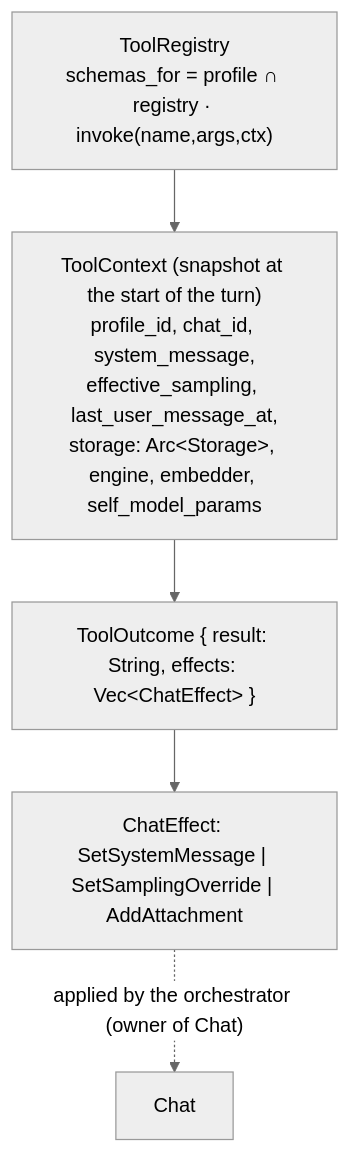
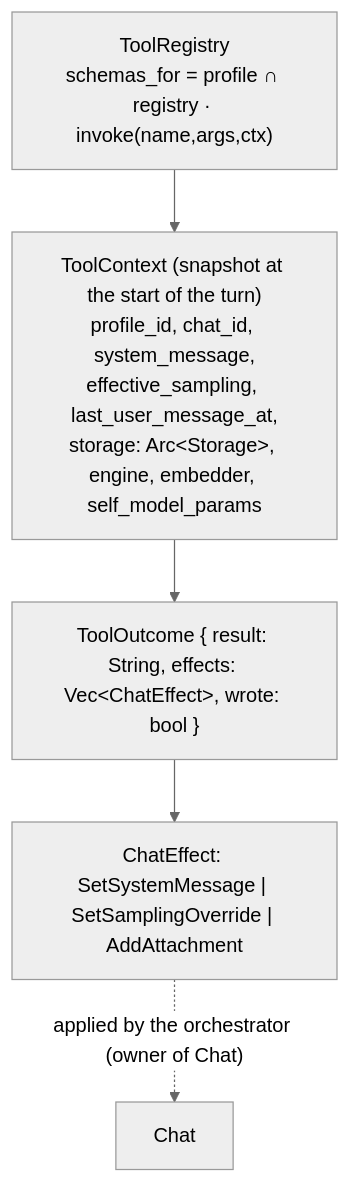
Before and after one commit to vshylov/mindfork-rs: the tenth of 17 diagrams in docs/architecture.md, drawn with Mermaid (neutral theme). The commit also changed other lines of this file and 22 other files, not shown here.

````diff
--- a/docs/architecture.md
+++ b/docs/architecture.md
@@ -1819,12 +1819,12 @@
 ```mermaid
 flowchart TB
     REG["ToolRegistry<br/>schemas_for = profile ∩ registry · invoke(name,args,ctx)"]
     CTX["ToolContext (snapshot at the start of the turn)<br/>profile_id, chat_id, system_message,<br/>effective_sampling, last_user_message_at,<br/>storage: Arc&lt;Storage&gt;, engine, embedder, self_model_params"]
-    OUT["ToolOutcome { result: String, effects: Vec&lt;ChatEffect&gt; }"]
+    OUT["ToolOutcome { result: String, effects: Vec&lt;ChatEffect&gt;, wrote: bool }"]
     EFF["ChatEffect: SetSystemMessage | SetSamplingOverride | AddAttachment"]
 
     REG --> CTX
     CTX --> OUT
     OUT --> EFF
     EFF -. "applied by the orchestrator (owner of Chat)" .-> ORCH["Chat"]
 ```
````
